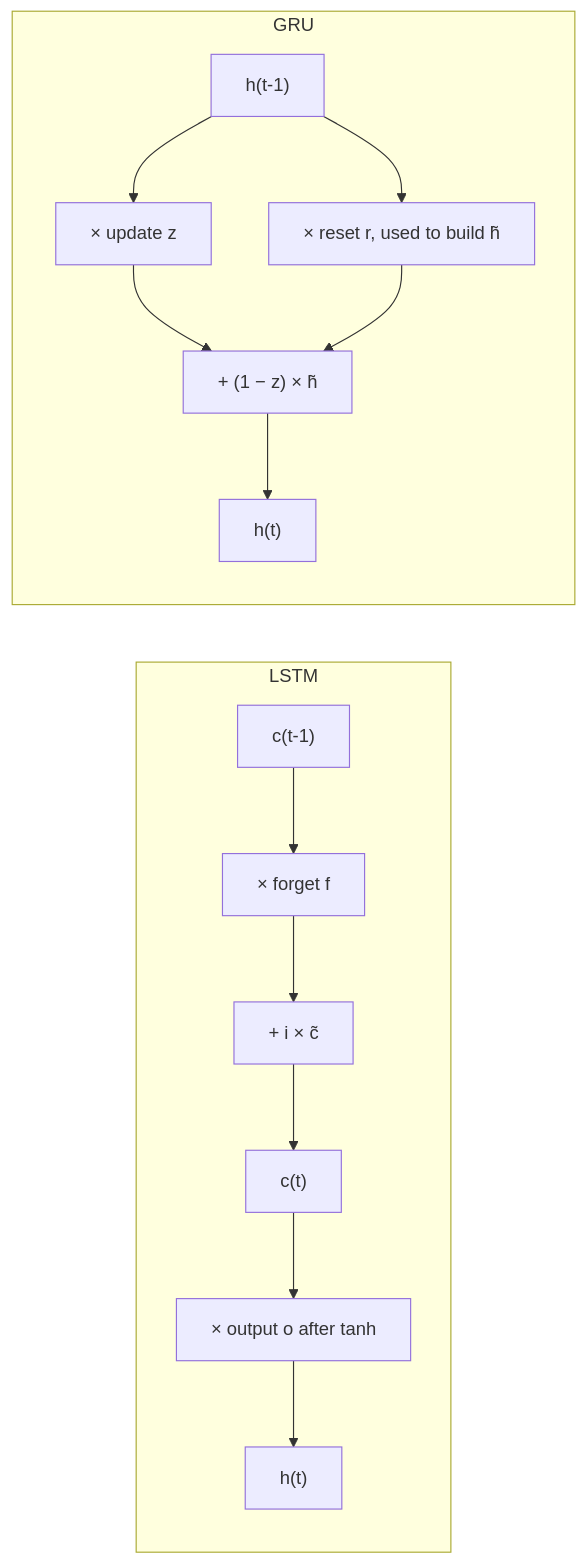
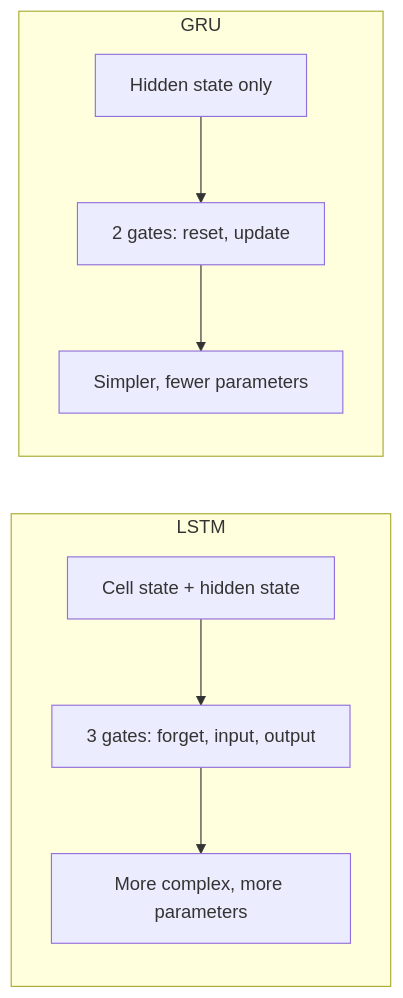
Before and after one commit to TrendySloth1001/sem-seven-notes: the diagram in content/deep-learning/pyq/2024-12/q3b.mdx, drawn with Mermaid. The commit also changed other lines of this file and 186 other files, not shown here.

````diff
--- a/content/deep-learning/pyq/2024-12/q3b.mdx
+++ b/content/deep-learning/pyq/2024-12/q3b.mdx
@@ -36,12 +13,10 @@
 ```mermaid
-%% caption: Left, the LSTM: two state lines and three gates. Right, the GRU: one state line and two gates; one update gate both keeps old memory (z) and admits new memory (1 − z).
+%% caption: The two architectures side by side. LSTM keeps two memories and three gates; GRU keeps one memory and two gates.
 flowchart LR
-  subgraph LSTM["LSTM"]
-    LC0["c(t-1)"] --> LF["× forget f"] --> LA["+ i × c̃"] --> LC1["c(t)"]
-    LC1 --> LO["× output o after tanh"] --> LH["h(t)"]
+  subgraph L["LSTM"]
+    L1["Cell state + hidden state"] --> L2["3 gates: forget, input, output"] --> L3["More complex, more parameters"]
   end
-  subgraph GRU["GRU"]
-    G0["h(t-1)"] --> GZ["× update z"] --> GA["+ (1 − z) × h̃"] --> G1["h(t)"]
-    G0 --> GR["× reset r, used to build h̃"] --> GA
+  subgraph G["GRU"]
+    G1["Hidden state only"] --> G2["2 gates: reset, update"] --> G3["Simpler, fewer parameters"]
   end
 ```
````
